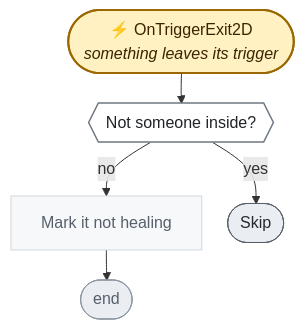
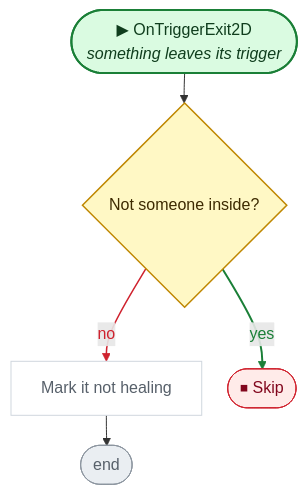
The third of 4 diagrams in CodeGraph~/graph/Map/HealingRoom.cs.md (nataiai/Lord-of-the-Dungeon), drawn with Mermaid before and after one commit. The commit also changed other lines of this file and 44 other files, not shown here.

````diff
--- a/CodeGraph~/graph/Map/HealingRoom.cs.md
+++ b/CodeGraph~/graph/Map/HealingRoom.cs.md
@@ -99,34 +105,40 @@
 ```mermaid
 ---
 config:
   flowchart:
     wrappingWidth: 260
     nodeSpacing: 26
     rankSpacing: 30
 ---
 flowchart TD
-  nS(["⚡ OnTriggerExit2D<br><i>something leaves its trigger</i>"])
-  n255dee{{"Not someone inside?"}}
+  nS(["▶ OnTriggerExit2D<br><i>something leaves its trigger</i>"])
+  n255dee{"Not someone inside?"}
   n32aa3e["Mark it not healing"]
   nE(["end"])
-  nb2e4fc(["Skip"])
+  nb2e4fc(["⏹ Skip"])
   nS --> n255dee
   n255dee -->|no| n32aa3e
   n255dee -->|yes| nb2e4fc
   n32aa3e --> nE
-  classDef unity fill:#fff1c2,stroke:#9a6700,stroke-width:2px,color:#3b2300
-  classDef start fill:#ddf4ff,stroke:#0969da,stroke-width:2px,color:#0a3069
-  classDef calc fill:#f6f8fa,stroke:#d0d7de,color:#57606a
-  classDef calls fill:#ffffff,stroke:#0969da,stroke-width:2.5px,color:#0a3069
-  classDef cond fill:#ffffff,stroke:#6e7781,stroke-width:1.5px,color:#1f2328
-  classDef loop fill:#fbefff,stroke:#8250df,color:#3e1f79
-  classDef exit fill:#eaeef2,stroke:#57606a,color:#24292f
-  classDef wait fill:#fff8f0,stroke:#bc4c00,color:#4d1d00
+  linkStyle 1 stroke:#cf222e,stroke-width:1.5px,color:#cf222e
+  linkStyle 2 stroke:#1a7f37,stroke-width:2px,color:#1a7f37
+  classDef unity fill:#dafbe1,stroke:#1a7f37,stroke-width:2px,color:#0f3d1d
+  classDef start fill:#dafbe1,stroke:#1a7f37,stroke-width:2px,color:#0f3d1d
+  classDef calc fill:#ffffff,stroke:#d0d7de,color:#57606a
+  classDef calls fill:#ddf4ff,stroke:#0969da,stroke-width:2px,color:#0a3069
+  classDef ext fill:#ddf4ff,stroke:#0969da,stroke-width:2px,stroke-dasharray:5 3,color:#0a3069
+  classDef cond fill:#fff8c5,stroke:#bf8700,stroke-width:1.5px,color:#3d2a00
+  classDef loop fill:#f6f8fa,stroke:#57606a,color:#1f2328
+  classDef exit fill:#ffebe9,stroke:#cf222e,color:#82071e
+  classDef kill fill:#ffebe9,stroke:#cf222e,stroke-width:2px,color:#82071e
+  classDef spawn fill:#dafbe1,stroke:#1a7f37,stroke-width:2px,color:#0f3d1d
+  classDef wait fill:#fff1e5,stroke:#bc4c00,color:#4d1d00
   classDef fin fill:#eaeef2,stroke:#8c959f,color:#57606a
   classDef join fill:#d0d7de,stroke:#8c959f,color:#57606a
+  classDef ghdr fill:#f5f9ff,stroke:#f5f9ff,color:#0a3069,font-weight:bold
   class n32aa3e calc
   class n255dee cond
   class nb2e4fc exit
   class nE fin
   class nS unity
 ```
````
